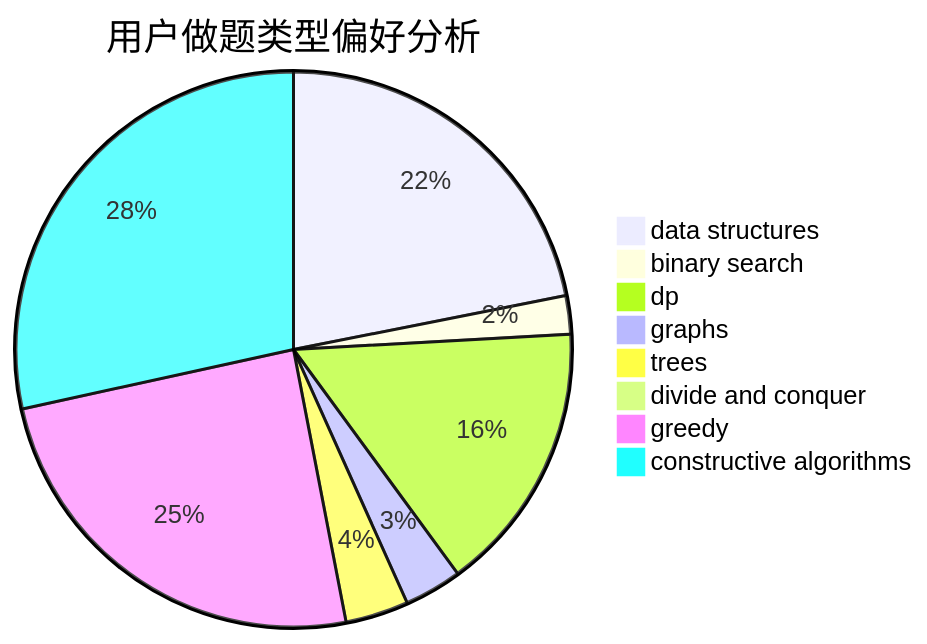
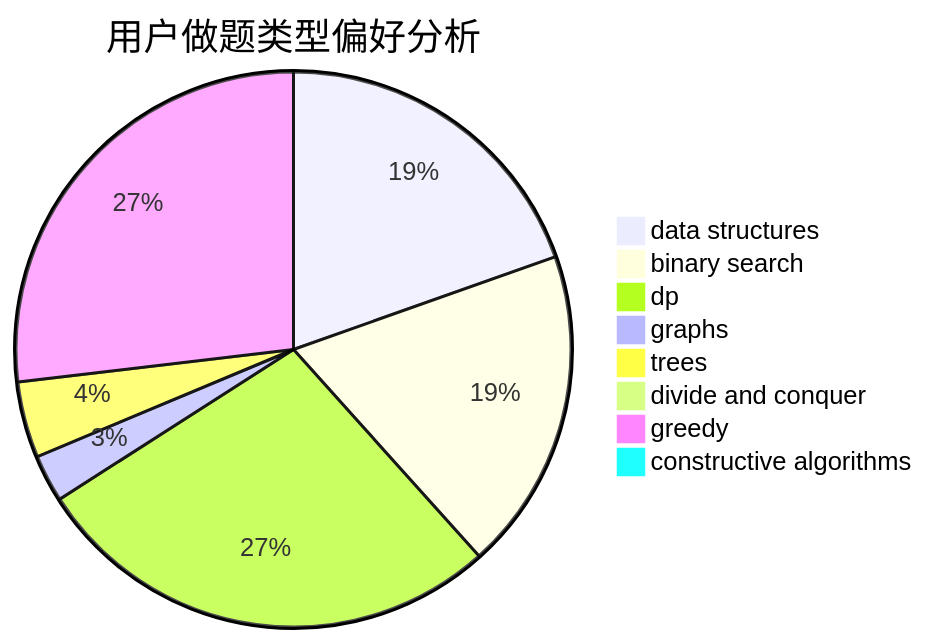
Before and after one commit to sherpahu/cfrs.github.io: the second of 3 diagrams in docs/user/u1953.md, drawn with Mermaid. The commit also changed other lines of this file and 2770 other files, not shown here.

````diff
--- a/docs/user/u1953.md
+++ b/docs/user/u1953.md
@@ -23,11 +23,11 @@
 ```mermaid
 pie title 用户做题类型偏好分析
-    "data structures" :  137
-    "binary search" :  14
-    "dp" :  99
-    "graphs" :  21
-    "trees" :  23
-    "divide and conquer" :  0
-    "greedy" :  154
-    "constructive algorithms" :  178
+    "data structures" :  411
+    "binary search" :  394
+    "dp" :  579
+    "graphs" :  58
+    "trees" :  93
+    "divide and conquer" :  8
+    "greedy" :  564
+    "constructive algorithms" :  18
 ```
````
